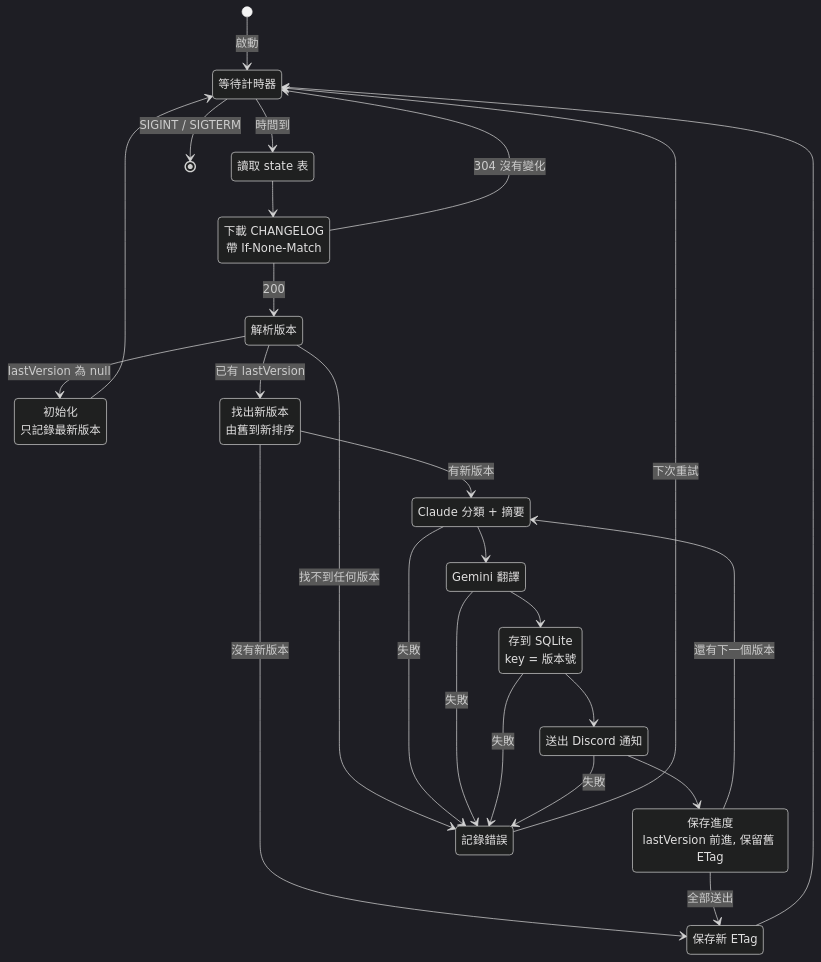
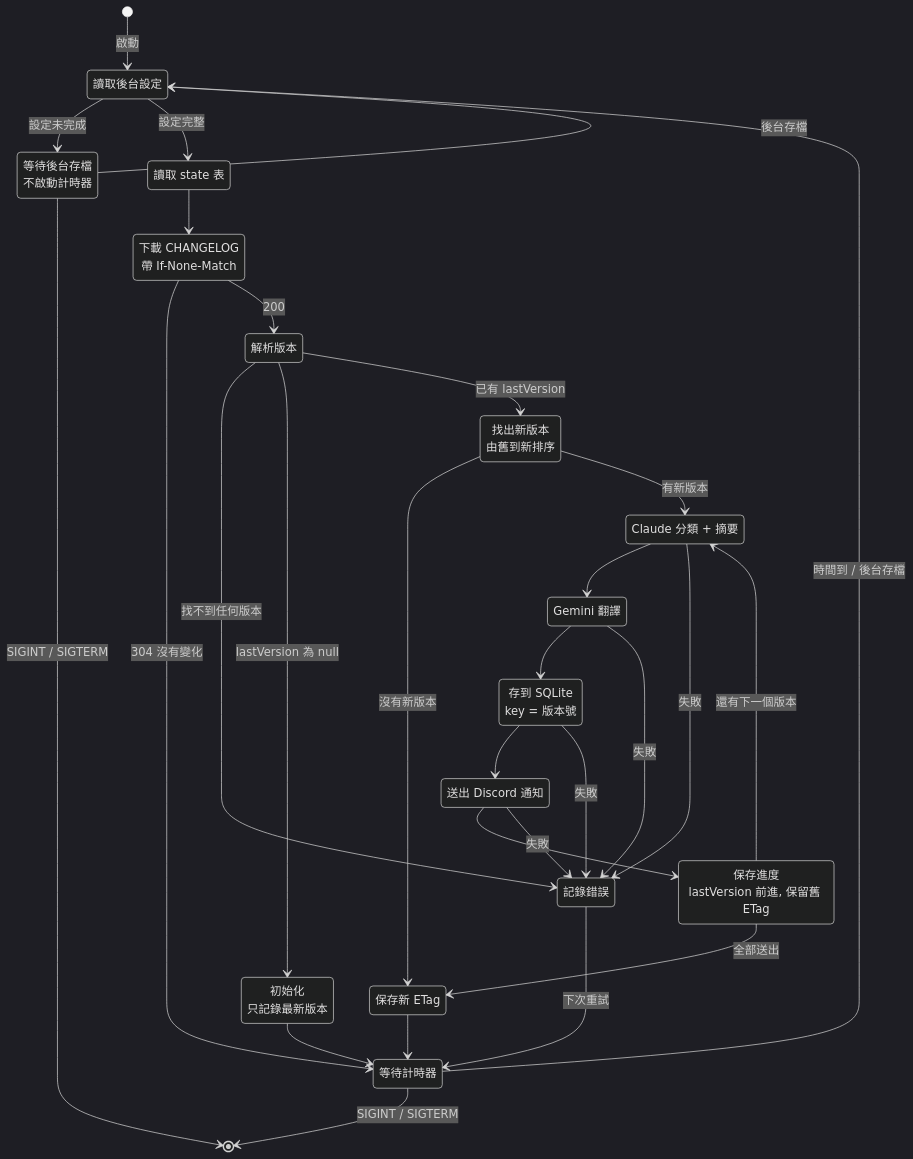
Before and after one commit to seanmars/cc-changelog-tracker: the diagram in docs/src/state-flow.mmd, drawn with Mermaid (dark theme). The commit also changed 18 other files, not shown here.

```diff
--- a/docs/src/state-flow.mmd
+++ b/docs/src/state-flow.mmd
@@ -1,39 +1,45 @@
 stateDiagram-v2
+  state "讀取後台設定" as LoadSettings
+  state "等待後台存檔<br/>不啟動計時器" as Paused
   state "等待計時器" as Idle
   state "讀取 state 表" as Load
   state "下載 CHANGELOG<br/>帶 If-None-Match" as Fetch
   state "解析版本" as Parse
   state "初始化<br/>只記錄最新版本" as Init
   state "找出新版本<br/>由舊到新排序" as Diff
   state "Claude 分類 + 摘要" as Classify
   state "Gemini 翻譯" as Translate
   state "存到 SQLite<br/>key = 版本號" as Store
   state "送出 Discord 通知" as Notify
   state "保存進度<br/>lastVersion 前進, 保留舊 ETag" as SaveProgress
   state "保存新 ETag" as SaveEtag
   state "記錄錯誤" as Failed
 
-  [*] --> Idle : 啟動
-  Idle --> Load : 時間到
+  [*] --> LoadSettings : 啟動
+  LoadSettings --> Paused : 設定未完成
+  Paused --> LoadSettings : 後台存檔
+  LoadSettings --> Load : 設定完整
+  Idle --> LoadSettings : 時間到 / 後台存檔
   Load --> Fetch
   Fetch --> Idle : 304 沒有變化
   Fetch --> Parse : 200
   Parse --> Failed : 找不到任何版本
   Parse --> Init : lastVersion 為 null
   Init --> Idle
   Parse --> Diff : 已有 lastVersion
   Diff --> SaveEtag : 沒有新版本
   Diff --> Classify : 有新版本
   Classify --> Translate
   Translate --> Store
   Store --> Notify
   Notify --> SaveProgress
   SaveProgress --> Classify : 還有下一個版本
   SaveProgress --> SaveEtag : 全部送出
   SaveEtag --> Idle
   Classify --> Failed : 失敗
   Translate --> Failed : 失敗
   Store --> Failed : 失敗
   Notify --> Failed : 失敗
   Failed --> Idle : 下次重試
   Idle --> [*] : SIGINT / SIGTERM
+  Paused --> [*] : SIGINT / SIGTERM
```
